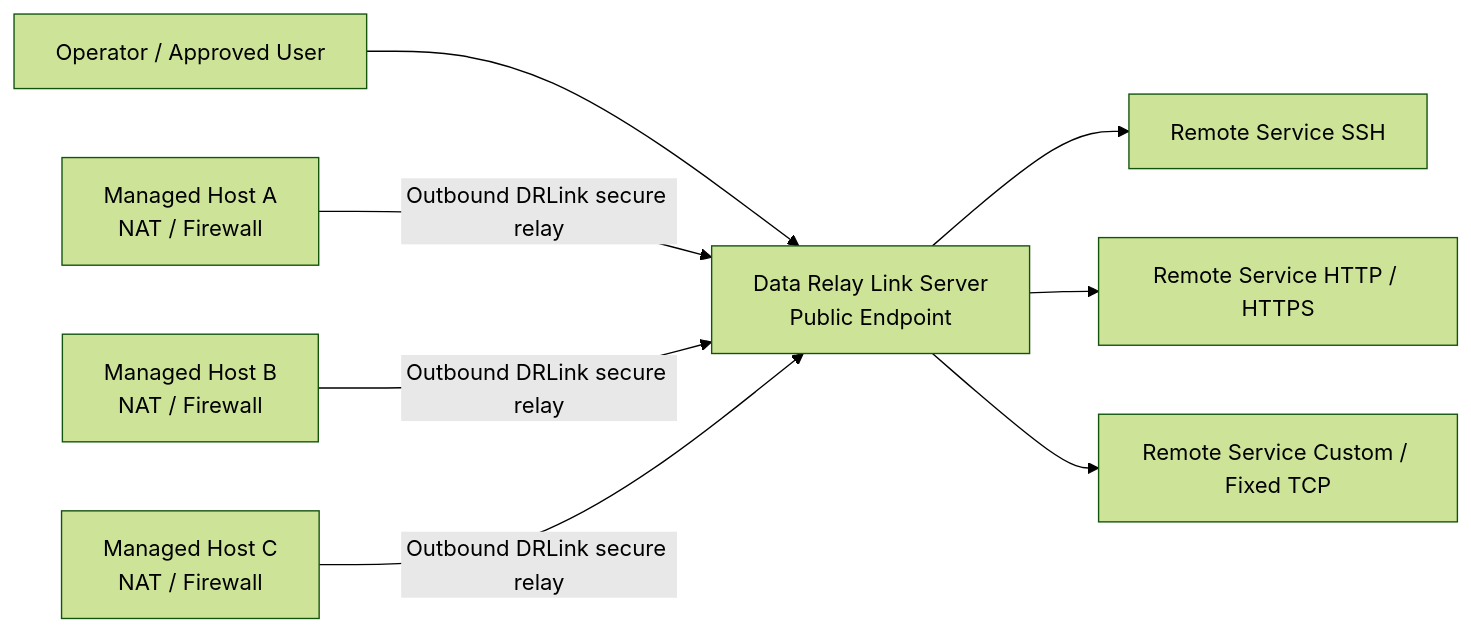
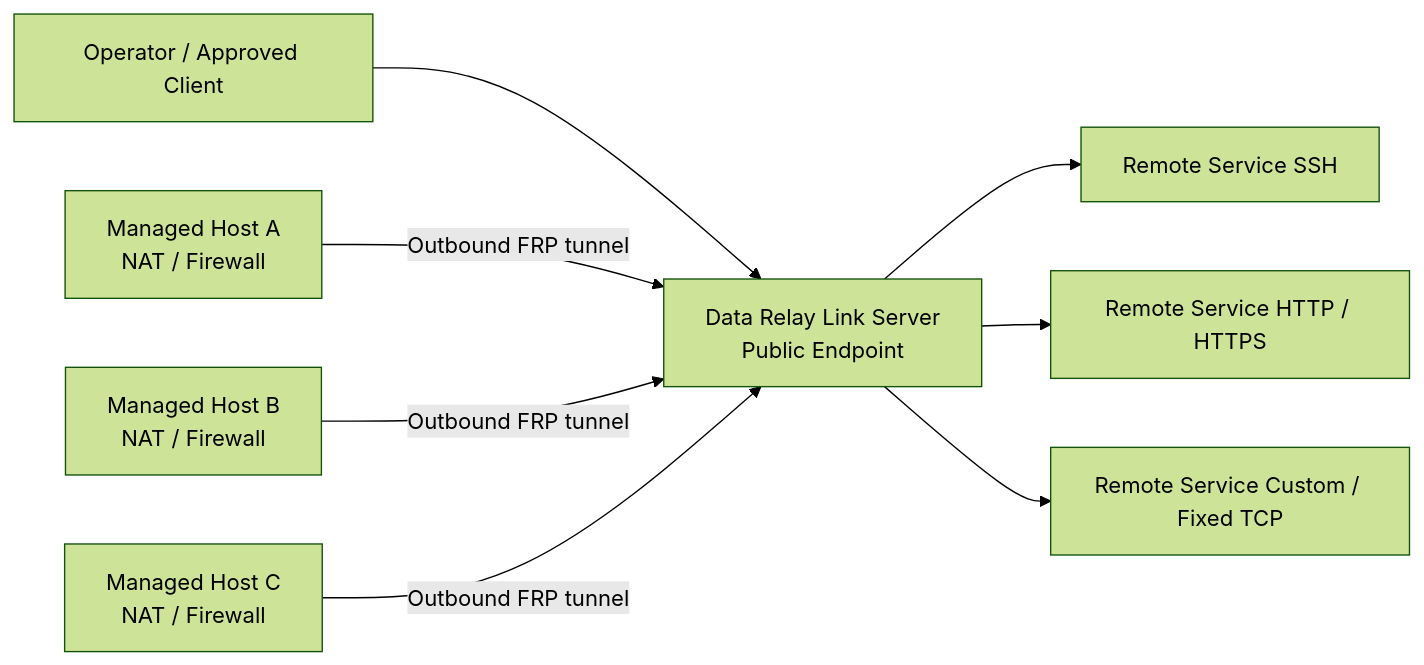
The diagram in README.ko.md (datarelay-labs/data-relay-link), drawn with Mermaid (forest theme) before and after one commit. The commit also changed other lines of this file and 34 other files, not shown here.

````diff
--- a/README.ko.md
+++ b/README.ko.md
@@ -79,12 +80,12 @@
 ```mermaid
 flowchart LR
-    O["Operator / Approved User"] --> P["Data Relay Link Server<br/>Public Endpoint"]
+    O["Operator / Approved Client"] --> P["Data Relay Link Server<br/>Public Endpoint"]
 
-    A["Managed Host A<br/>NAT / Firewall"] -->|Outbound DRLink secure relay| P
-    B["Managed Host B<br/>NAT / Firewall"] -->|Outbound DRLink secure relay| P
-    C["Managed Host C<br/>NAT / Firewall"] -->|Outbound DRLink secure relay| P
+    A["Managed Host A<br/>NAT / Firewall"] -->|Outbound FRP tunnel| P
+    B["Managed Host B<br/>NAT / Firewall"] -->|Outbound FRP tunnel| P
+    C["Managed Host C<br/>NAT / Firewall"] -->|Outbound FRP tunnel| P
 
     P --> S1["Remote Service SSH"]
     P --> S2["Remote Service HTTP / HTTPS"]
     P --> S3["Remote Service Custom / Fixed TCP"]
 ```
````
